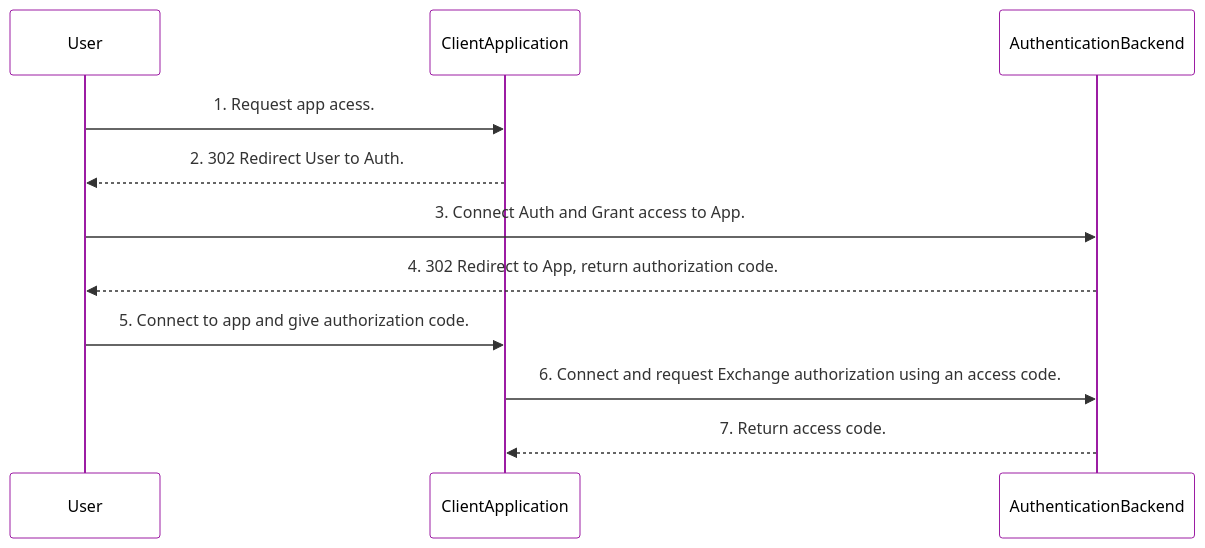
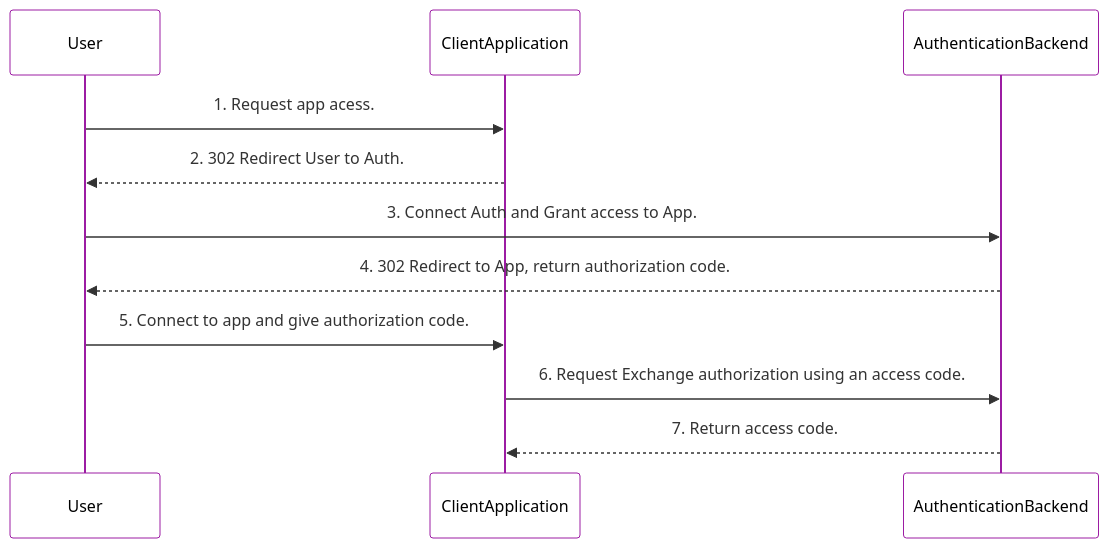
Before and after one commit to abdoulfataoh/oauth2: the diagram in README.md, drawn with Mermaid.

Commit message:
update architecture

````diff
--- a/README.md
+++ b/README.md
@@ -16,16 +16,16 @@
 ```mermaid
 %%{init: {'theme': 'base', 'themeVariables': { 'primaryColor': 'transparent', 'secondaryColor': 'transparent', 'tertiaryColor': 'transparent', 'actorTextColor': '#000000', 'lineColor': '#00FF00', 'primaryBorderColor': '#9c1ca3'}}}%%
 
 sequenceDiagram
     participant User
     participant Client as ClientApplication
     participant Auth as AuthenticationBackend
 
     User->>Client: 1. Request app acess.
     Client-->>User: 2. 302 Redirect User to Auth.
     User->>Auth: 3. Connect Auth and Grant access to App.
     Auth-->>User: 4. 302 Redirect to App, return authorization code.
     User->>Client: 5. Connect to app and give authorization code.
-    Client->>Auth: 6. Connect and request Exchange authorization using an access code.
+    Client->>Auth: 6. Request Exchange authorization using an access code.
     Auth-->>Client: 7. Return access code.
 ```
````
